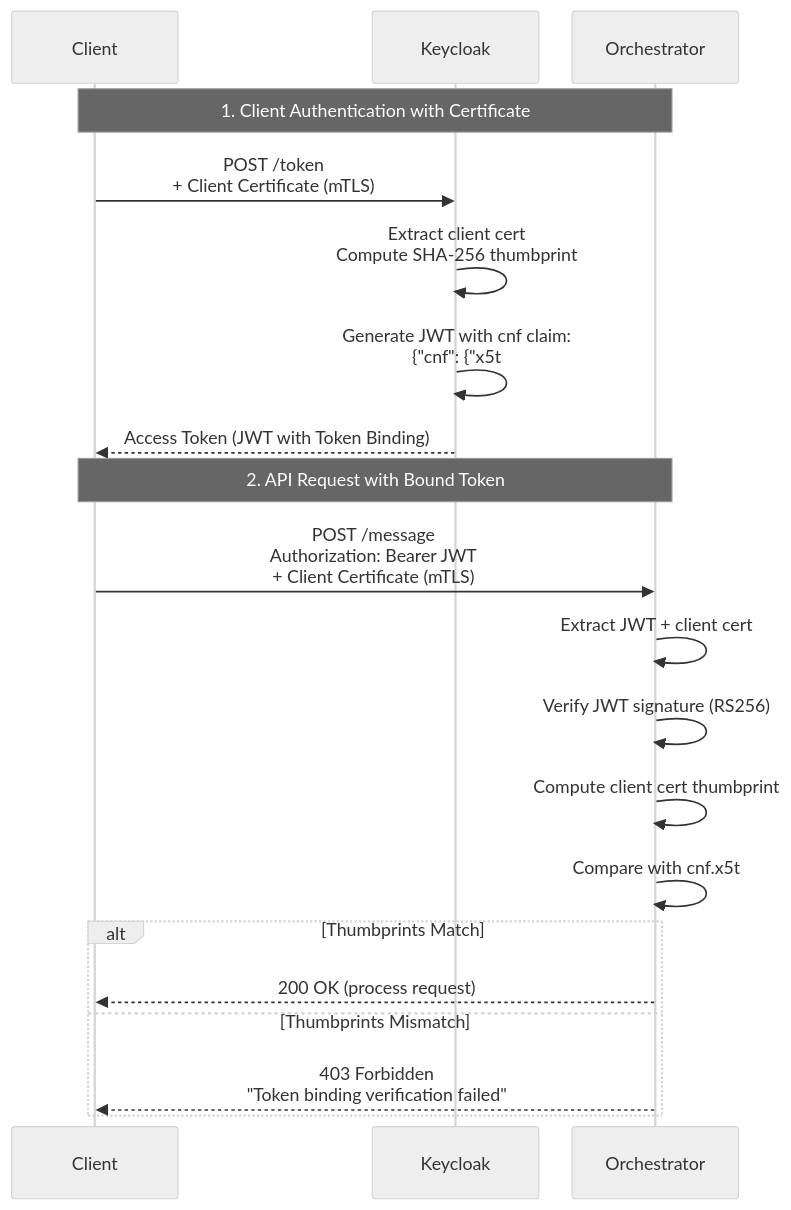
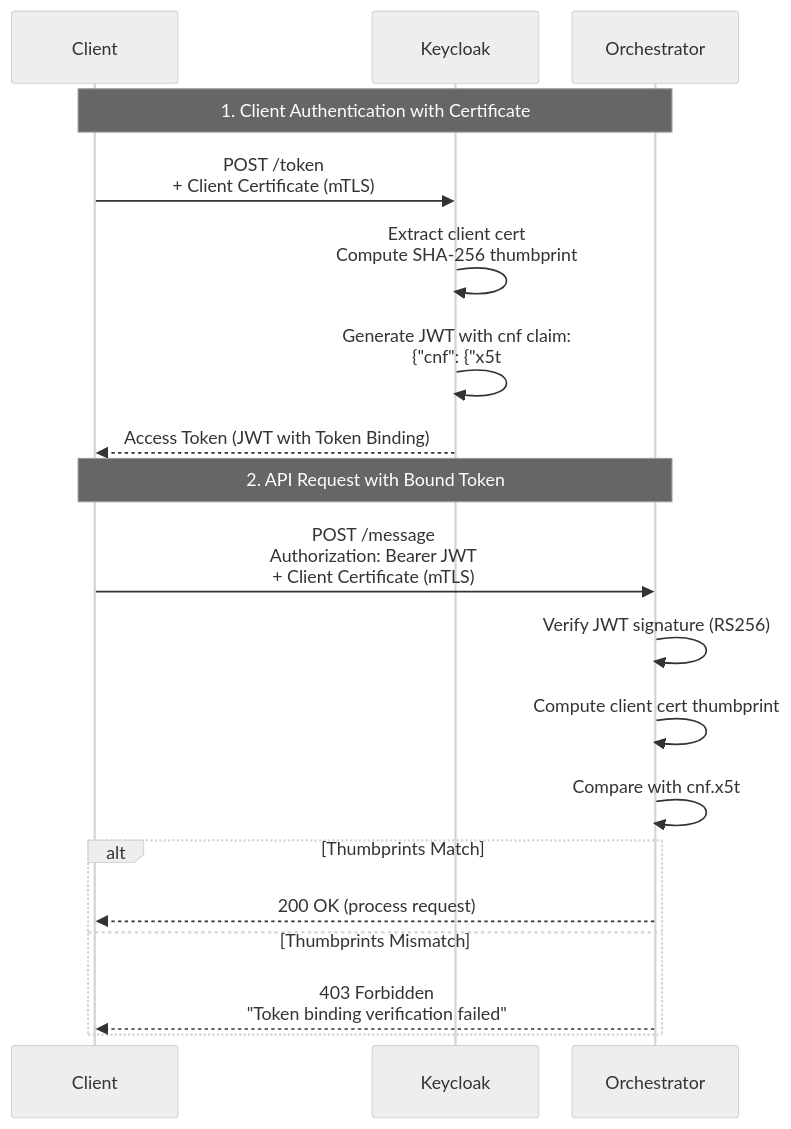
The sixth of 10 diagrams in CA_A2A_COMPLETE_SECURITY_DOCUMENTATION.md (jaafar-benabderrazak/ca_a2a), drawn with Mermaid before and after one commit. The commit also changed other lines of this file, not shown here.

````diff
--- a/CA_A2A_COMPLETE_SECURITY_DOCUMENTATION.md
+++ b/CA_A2A_COMPLETE_SECURITY_DOCUMENTATION.md
@@ -559,28 +573,27 @@
 ```mermaid
 %%{init: {"theme":"neutral","themeVariables":{"fontSize":"8px","fontFamily":"sans-serif"},"sequence":{"actorFontSize":"8px","messageFontSize":"8px","noteFontSize":"7px","actorMargin":30,"boxMargin":5}}}%%
 sequenceDiagram
     participant Client
     participant Keycloak
     participant Orchestrator
     
     Note over Client,Orchestrator: 1. Client Authentication with Certificate
     
     Client->>Keycloak: POST /token<br/>+ Client Certificate (mTLS)
     Keycloak->>Keycloak: Extract client cert<br/>Compute SHA-256 thumbprint
     Keycloak->>Keycloak: Generate JWT with cnf claim:<br/>{"cnf": {"x5t#S256": "abc123..."}}
     Keycloak-->>Client: Access Token (JWT with Token Binding)
     
     Note over Client,Orchestrator: 2. API Request with Bound Token
     
     Client->>Orchestrator: POST /message<br/>Authorization: Bearer JWT<br/>+ Client Certificate (mTLS)
-    Orchestrator->>Orchestrator: Extract JWT + client cert
     Orchestrator->>Orchestrator: Verify JWT signature (RS256)
     Orchestrator->>Orchestrator: Compute client cert thumbprint
     Orchestrator->>Orchestrator: Compare with cnf.x5t#S256 claim
     
     alt Thumbprints Match
         Orchestrator-->>Client: 200 OK (process request)
     else Thumbprints Mismatch
         Orchestrator-->>Client: 403 Forbidden<br/>"Token binding verification failed"
     end
 ```
````
